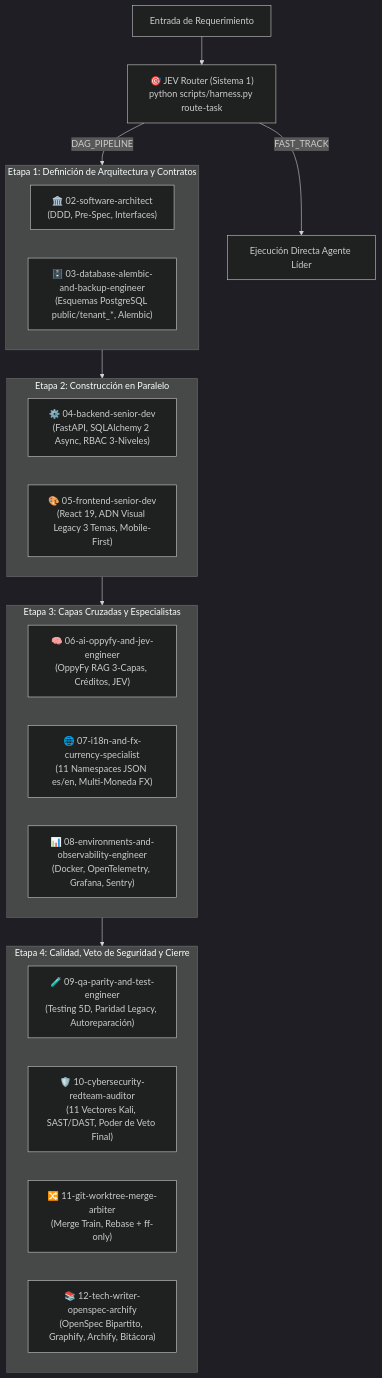
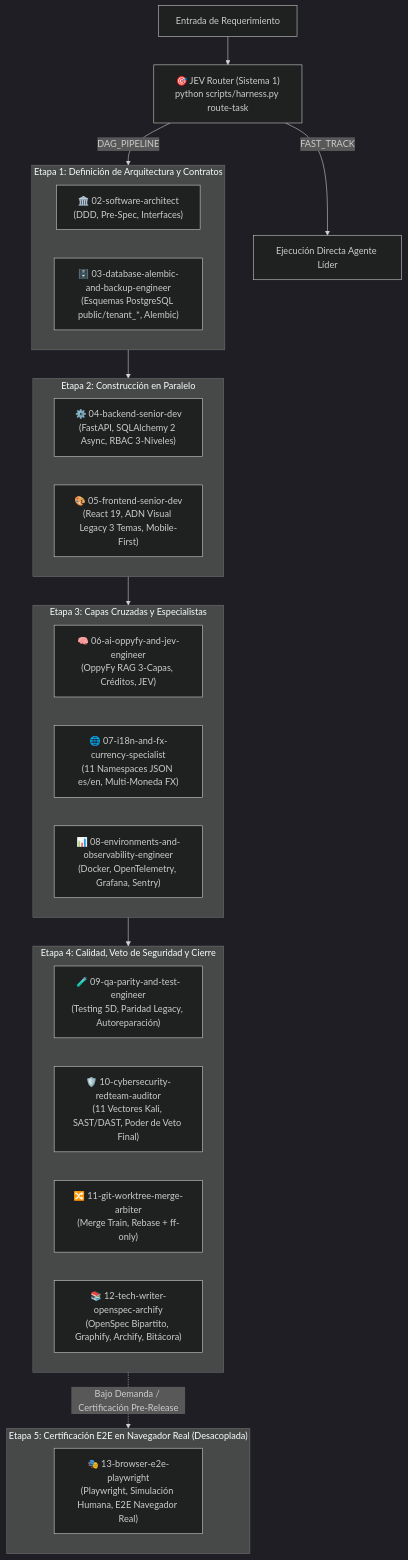
Before and after one commit to OppyTec/OppyTec-Oficial: the diagram in AGENTS.md, drawn with Mermaid (dark theme). The commit also changed other lines of this file and 104 other files, not shown here.

````diff
--- a/AGENTS.md
+++ b/AGENTS.md
@@ -52,33 +63,38 @@
 ```mermaid
 flowchart TD
     UserReq["Entrada de Requerimiento"] --> JEV["🎯 JEV Router (Sistema 1)<br/>python scripts/harness.py route-task"]
     
     subgraph Etapa1["Etapa 1: Definición de Arquitectura y Contratos"]
         A02["🏛️ 02-software-architect<br/>(DDD, Pre-Spec, Interfaces)"]
         A03["🗄️ 03-database-alembic-and-backup-engineer<br/>(Esquemas PostgreSQL public/tenant_*, Alembic)"]
     end
 
     subgraph Etapa2["Etapa 2: Construcción en Paralelo"]
         A04["⚙️ 04-backend-senior-dev<br/>(FastAPI, SQLAlchemy 2 Async, RBAC 3-Niveles)"]
         A05["🎨 05-frontend-senior-dev<br/>(React 19, ADN Visual Legacy 3 Temas, Mobile-First)"]
     end
 
     subgraph Etapa3["Etapa 3: Capas Cruzadas y Especialistas"]
         A06["🧠 06-ai-oppyfy-and-jev-engineer<br/>(OppyFy RAG 3-Capas, Créditos, JEV)"]
         A07["🌐 07-i18n-and-fx-currency-specialist<br/>(11 Namespaces JSON es/en, Multi-Moneda FX)"]
         A08["📊 08-environments-and-observability-engineer<br/>(Docker, OpenTelemetry, Grafana, Sentry)"]
     end
 
     subgraph Etapa4["Etapa 4: Calidad, Veto de Seguridad y Cierre"]
         A09["🧪 09-qa-parity-and-test-engineer<br/>(Testing 5D, Paridad Legacy, Autoreparación)"]
         A10["🛡️ 10-cybersecurity-redteam-auditor<br/>(11 Vectores Kali, SAST/DAST, Poder de Veto Final)"]
         A11["🔀 11-git-worktree-merge-arbiter<br/>(Merge Train, Rebase + ff-only)"]
         A12["📚 12-tech-writer-openspec-archify<br/>(OpenSpec Bipartito, Graphify, Archify, Bitácora)"]
     end
 
+    subgraph Etapa5["Etapa 5: Certificación E2E en Navegador Real (Desacoplada)"]
+        A13["🎭 13-browser-e2e-playwright<br/>(Playwright, Simulación Humana, E2E Navegador Real)"]
+    end
+
     JEV -->|FAST_TRACK| DirectExec["Ejecución Directa Agente Líder"]
     JEV -->|DAG_PIPELINE| Etapa1
     Etapa1 --> Etapa2
     Etapa2 --> Etapa3
     Etapa3 --> Etapa4
+    Etapa4 -.->|Bajo Demanda / Certificación Pre-Release| Etapa5
 ```
````
